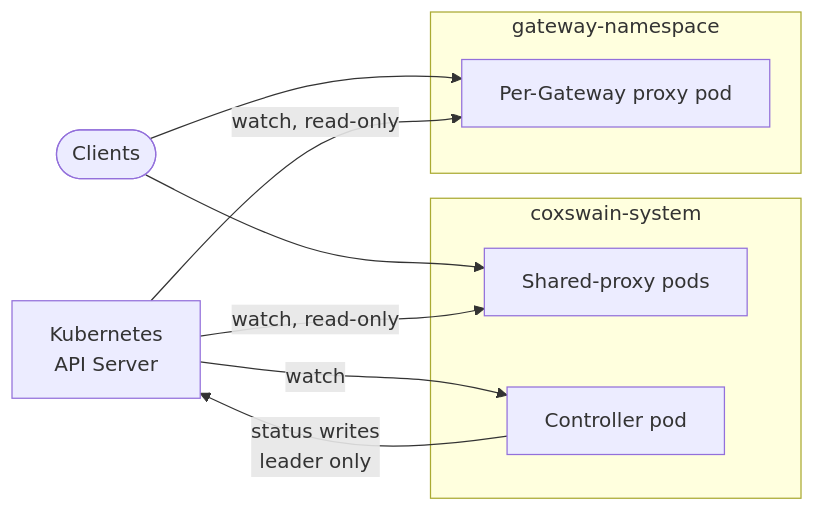
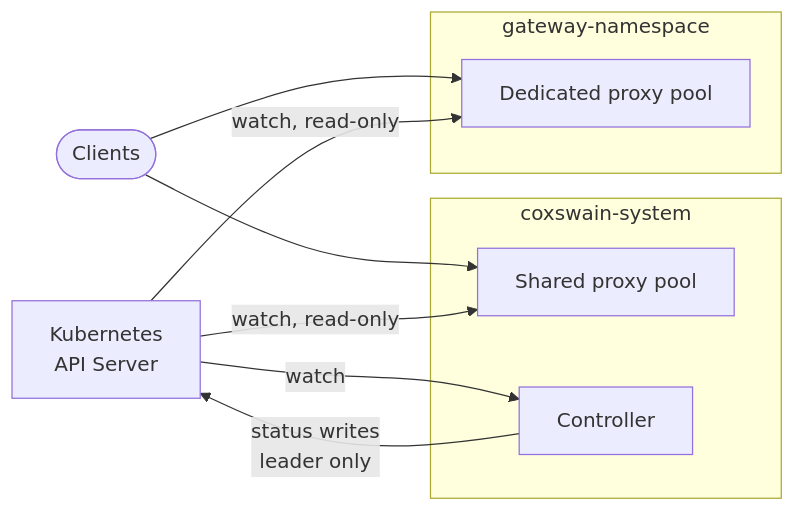
The first of 6 diagrams in docs/src/architecture.md (coxswain-labs/coxswain), drawn with Mermaid before and after one commit. The commit also changed other lines of this file and 11 other files, not shown here.

````diff
--- a/docs/src/architecture.md
+++ b/docs/src/architecture.md
@@ -5,19 +5,19 @@
 ```mermaid
 flowchart LR
     Clients([Clients])
     K8s[Kubernetes\nAPI Server]
 
     subgraph cs[coxswain-system]
-        SP[Shared-proxy pods]
-        C[Controller pod]
+        SP[Shared proxy pool]
+        C[Controller]
     end
 
     subgraph ns[gateway-namespace]
-        GP[Per-Gateway proxy pod]
+        GP[Dedicated proxy pool]
     end
 
     Clients --> SP & GP
     K8s -->|watch, read-only| SP & GP
     K8s -->|watch| C
     C -->|status writes\nleader only| K8s
 ```
````
